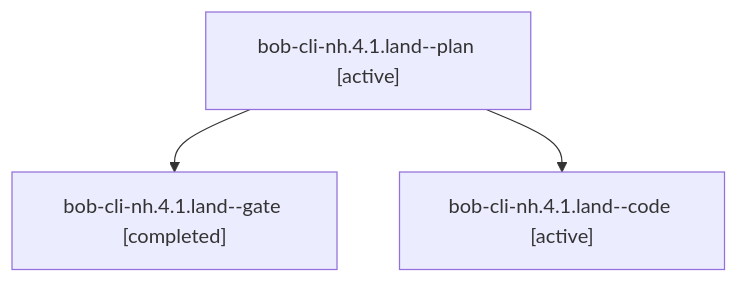
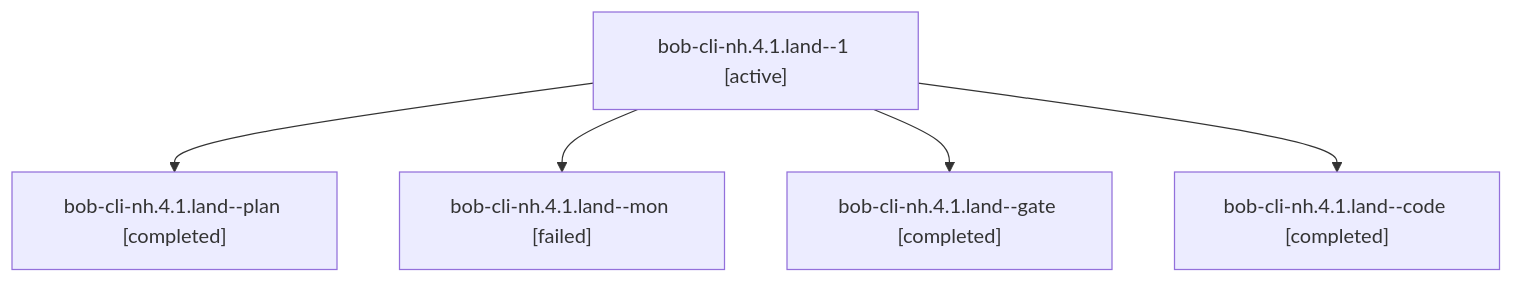
One commit to bobs-org/bob-cli--agents changed the diagram in sessions/bbugyi200.athena.bob-cli-nh.4.1.land.md. Above: the diagram before and after it, drawn with Mermaid. The commit also changed other lines of this file and 151 other files, not shown here.

````diff
--- a/sessions/bbugyi200.athena.bob-cli-nh.4.1.land.md
+++ b/sessions/bbugyi200.athena.bob-cli-nh.4.1.land.md
@@ -9,8 +9,12 @@
 ```mermaid
 flowchart TD
-  n0["bob-cli-nh.4.1.land--plan [active]"]
-  n1["bob-cli-nh.4.1.land--gate [completed]"]
+  n0["bob-cli-nh.4.1.land--1 [active]"]
+  n1["bob-cli-nh.4.1.land--plan [completed]"]
   n0 --> n1
-  n2["bob-cli-nh.4.1.land--code [active]"]
+  n2["bob-cli-nh.4.1.land--mon [failed]"]
   n0 --> n2
+  n3["bob-cli-nh.4.1.land--gate [completed]"]
+  n0 --> n3
+  n4["bob-cli-nh.4.1.land--code [completed]"]
+  n0 --> n4
 ```
````
